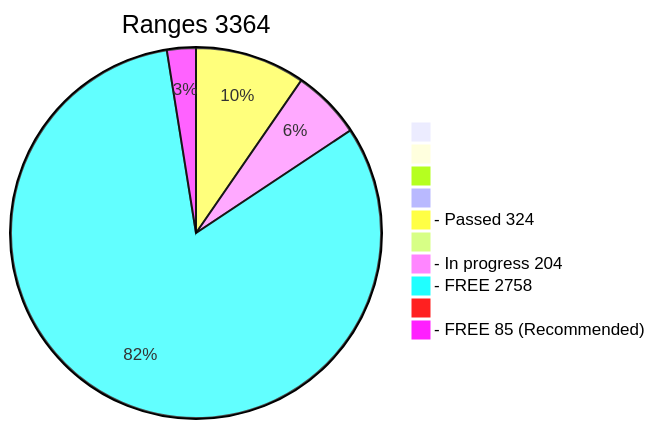
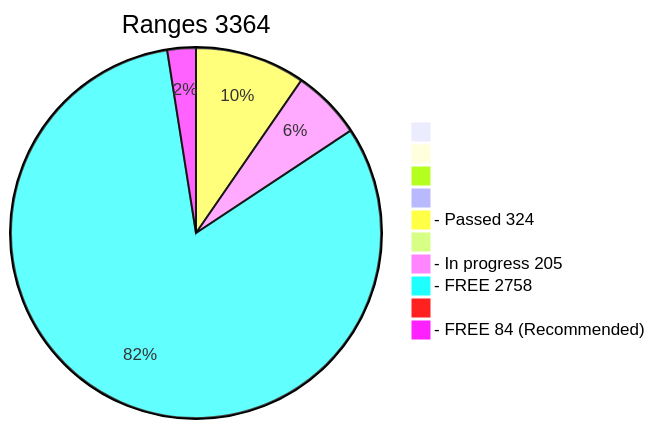
Before and after one commit to phrutis/wif500: the diagram in x64/Release/table.md, drawn with Mermaid. The commit also changed other lines of this file, not shown here.

````diff
--- a/x64/Release/table.md
+++ b/x64/Release/table.md
@@ -2,13 +2,13 @@
 ```mermaid
 pie title Ranges 3364
   " " : 0
   "  " : 0
   "   " : 0
   "    " : 0
   "- Passed 324" : 324
   "     " : 0
-  "- In progress 204" : 204
+  "- In progress 205" : 205
   "- FREE 2758" : 2758
   "      " : 0
-  "- FREE 85 (Recommended)" : 85
+  "- FREE 84 (Recommended)" : 84
 ```
````
